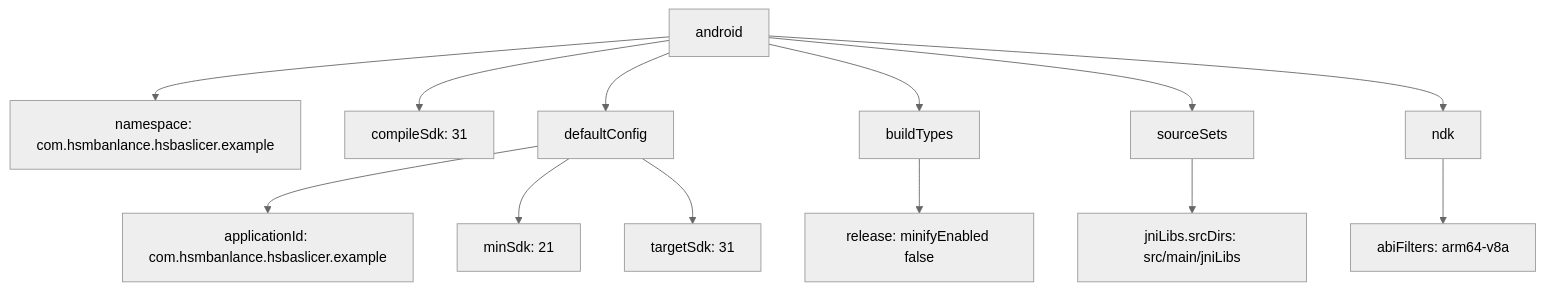
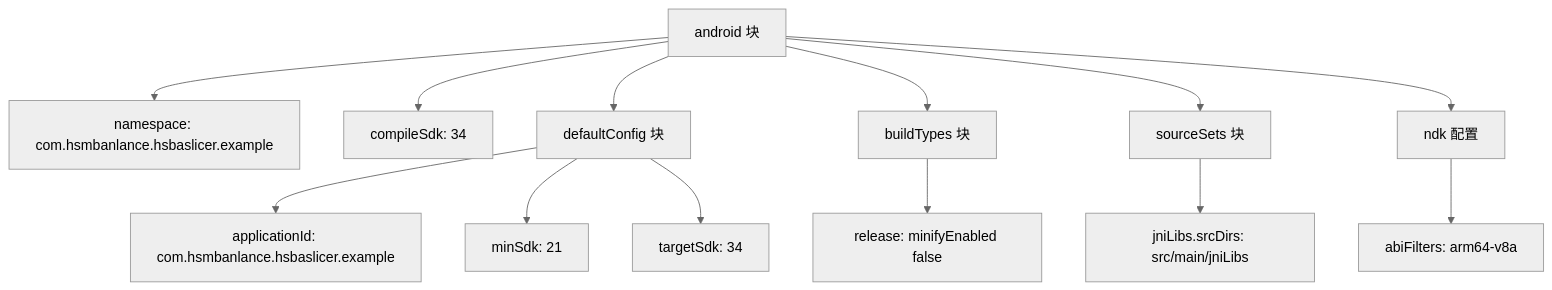
The fourth of 8 diagrams in .qoder/repowiki/zh/content/构建与部署/Android 构建指南.md (hsmbanlance/HsBaSlicer), drawn with Mermaid (neutral theme) before and after one commit. The commit also changed other lines of this file and 14 other files, not shown here.

````diff
--- a/.qoder/repowiki/zh/content/构建与部署/Android 构建指南.md
+++ b/.qoder/repowiki/zh/content/构建与部署/Android 构建指南.md
@@ -192,15 +184,15 @@
 ```mermaid
 flowchart TD
-A[android] --> B[namespace: com.hsmbanlance.hsbaslicer.example]
-A --> C[compileSdk: 31]
-A --> D[defaultConfig]
+A[android 块] --> B[namespace: com.hsmbanlance.hsbaslicer.example]
+A --> C[compileSdk: 34]
+A --> D[defaultConfig 块]
 D --> D1[applicationId: com.hsmbanlance.hsbaslicer.example]
 D --> D2[minSdk: 21]
-D --> D3[targetSdk: 31]
-A --> E[buildTypes]
+D --> D3[targetSdk: 34]
+A --> E[buildTypes 块]
 E --> E1[release: minifyEnabled false]
-A --> F[sourceSets]
+A --> F[sourceSets 块]
 F --> F1[jniLibs.srcDirs: src/main/jniLibs]
-A --> G[ndk]
+A --> G[ndk 配置]
 G --> G1[abiFilters: arm64-v8a]
 ```
````
